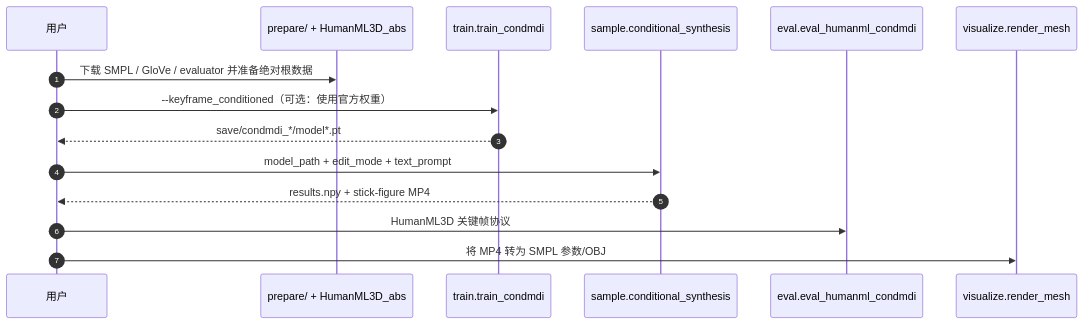
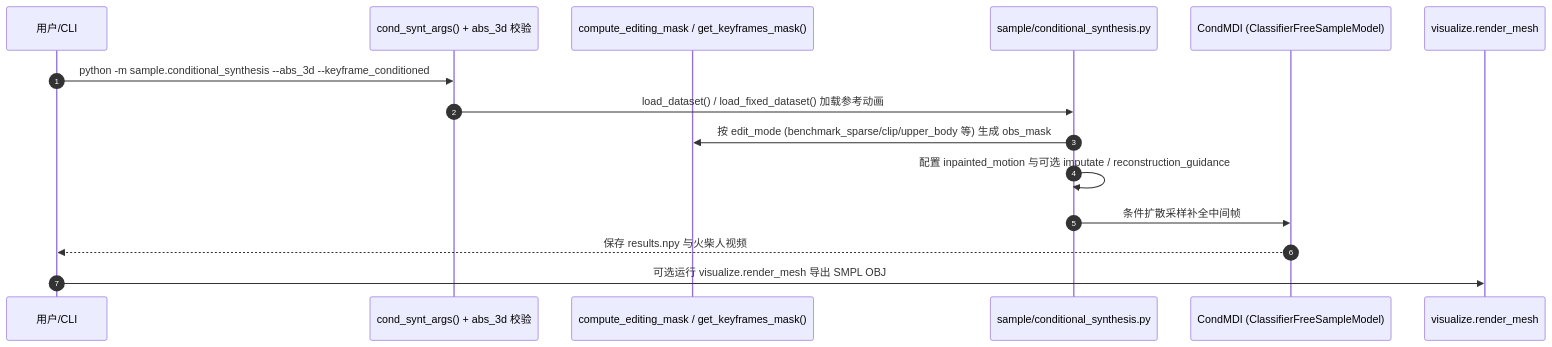
One commit to ImChong/Robotics_Notebooks changed the second of 2 diagrams in wiki/entities/paper-notebook-flexible-motion-in-betweening-with-diffusion-mod.md. Above: the diagram before and after it, drawn with Mermaid. The commit also changed other lines of this file and 70 other files, not shown here.

````diff
--- a/wiki/entities/paper-notebook-flexible-motion-in-betweening-with-diffusion-mod.md
+++ b/wiki/entities/paper-notebook-flexible-motion-in-betweening-with-diffusion-mod.md
@@ -107,18 +111,18 @@
 ```mermaid
 sequenceDiagram
   autonumber
-  participant U as 用户
-  participant Prep as prepare/ + HumanML3D_abs
-  participant Train as train.train_condmdi
-  participant Sample as sample.conditional_synthesis
-  participant Eval as eval.eval_humanml_condmdi
+  participant U as 用户/CLI
+  participant Args as cond_synt_args() + abs_3d 校验
+  participant Mask as compute_editing_mask / get_keyframes_mask()
+  participant Sample as sample/conditional_synthesis.py
+  participant Model as CondMDI (ClassifierFreeSampleModel)
   participant Viz as visualize.render_mesh
 
-  U->>Prep: 下载 SMPL / GloVe / evaluator 并准备绝对根数据
-  U->>Train: --keyframe_conditioned（可选：使用官方权重）
-  Train-->>U: save/condmdi_*/model*.pt
-  U->>Sample: model_path + edit_mode + text_prompt
-  Sample-->>U: results.npy + stick-figure MP4
-  U->>Eval: HumanML3D 关键帧协议
-  U->>Viz: 将 MP4 转为 SMPL 参数/OBJ
+  U->>Args: python -m sample.conditional_synthesis --abs_3d --keyframe_conditioned
+  Args->>Sample: load_dataset() / load_fixed_dataset() 加载参考动画
+  Sample->>Mask: 按 edit_mode (benchmark_sparse/clip/upper_body 等) 生成 obs_mask
+  Sample->>Sample: 配置 inpainted_motion 与可选 imputate / reconstruction_guidance
+  Sample->>Model: 条件扩散采样补全中间帧
+  Model-->>U: 保存 results.npy 与火柴人视频
+  U->>Viz: 可选运行 visualize.render_mesh 导出 SMPL OBJ
 ```
````
